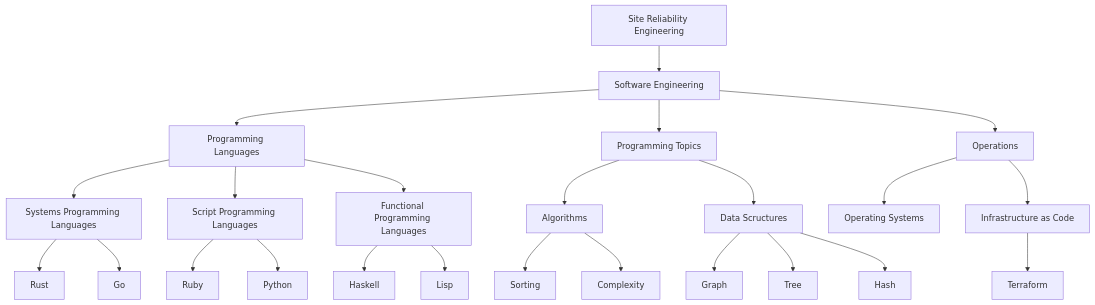
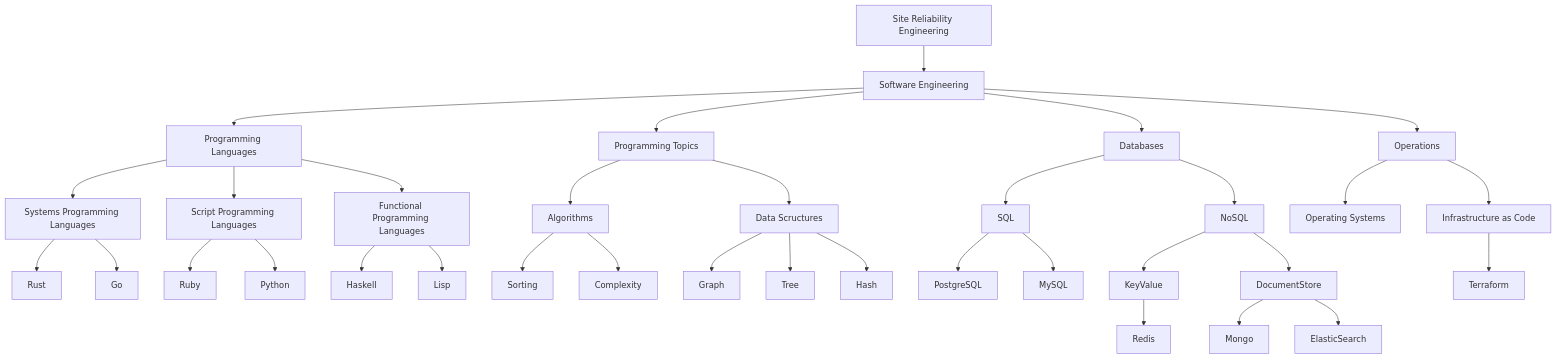
Before and after one commit to marceloboeira/sre: the diagram in resources/topic-graph.mmd, drawn with Mermaid. The commit also changed 2 other files, not shown here.

Commit message:
Add Databases Sections
SQL/NoSQL and BoJack Links

```diff
--- a/resources/topic-graph.mmd
+++ b/resources/topic-graph.mmd
@@ -1,26 +1,36 @@
 graph TD
   SRE[Site Reliability Engineering]
 
   SRE --> SW[Software Engineering]
   SW --> PL[Programming Languages]
     PL --> SysPL[Systems Programming Languages]
       SysPL --> Rust
       SysPL --> Go
     PL --> ScrPL[Script Programming Languages]
       ScrPL --> Ruby
       ScrPL --> Python
     PL --> FunPL[Functional Programming Languages]
       FunPL --> Haskell
       FunPL --> Lisp
   SW --> PT[Programming Topics]
     PT --> ALG[Algorithms]
       ALG --> SRT[Sorting]
       ALG --> CPX[Complexity]
     PT --> DS[Data Scructures]
       DS --> Graph[Graph]
       DS --> T3[Tree]
       DS --> HS[Hash]
+  SW --> DB[Databases]
+    DB --> SQL[SQL]
+      SQL --> PgSQL[PostgreSQL]
+      SQL --> MySQL[MySQL]
+    DB --> NoSQL[NoSQL]
+      NoSQL --> KV[KeyValue]
+        KV --> Rd[Redis]
+      NoSQL --> DoS[DocumentStore]
+        DoS --> Mng[Mongo]
+        DoS --> ES[ElasticSearch]
   SW --> OPS[Operations]
       OPS --> OS[Operating Systems]
       OPS --> IaC[Infrastructure as Code]
         IaC --> TF[Terraform]
```
